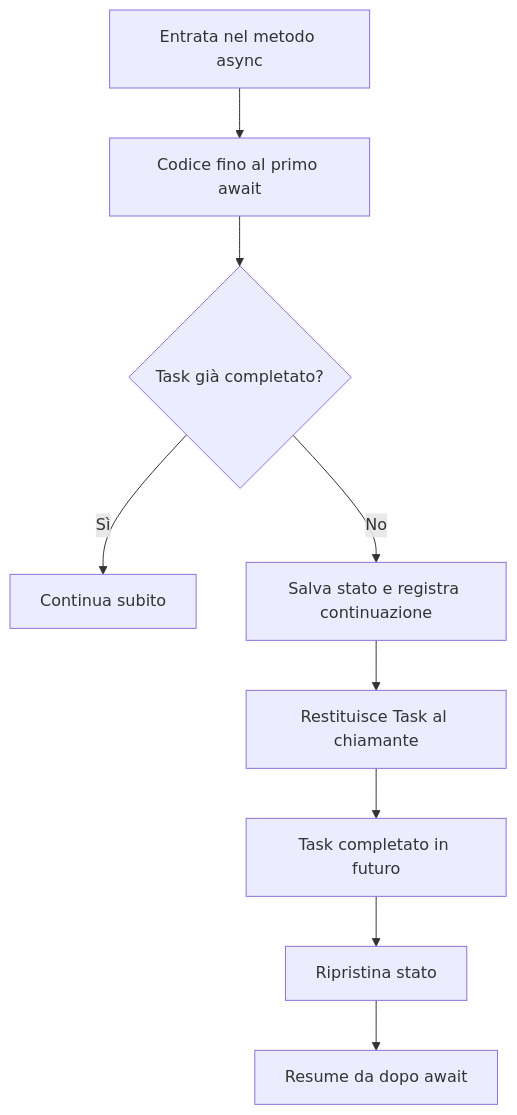
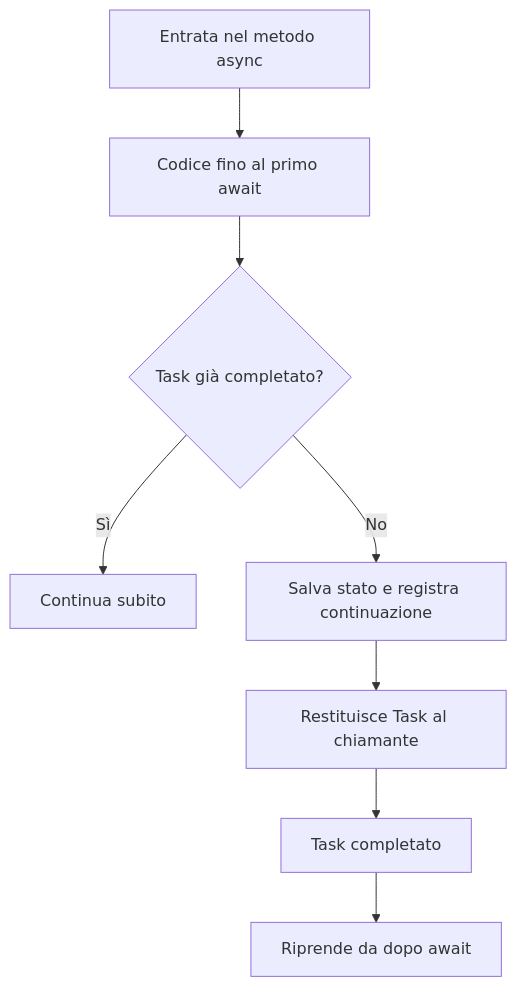
One commit to DennisTurco/AppuntiFacili changed the second of 3 diagrams in src/content/informatica/csharp/async-await.mdx. Above: the diagram before and after it, drawn with Mermaid. The commit also changed other lines of this file and 86 other files, not shown here.

````diff
--- a/src/content/informatica/csharp/async-await.mdx
+++ b/src/content/informatica/csharp/async-await.mdx
@@ -294,11 +127,10 @@
 ```mermaid
 flowchart TD
     A[Entrata nel metodo async] --> B[Codice fino al primo await]
     B --> C{Task già completato?}
     C -- Sì --> D[Continua subito]
     C -- No --> E[Salva stato e registra continuazione]
     E --> F[Restituisce Task al chiamante]
-    F --> G[Task completato in futuro]
-    G --> H[Ripristina stato]
-    H --> I[Resume da dopo await]
+    F --> G[Task completato]
+    G --> H[Riprende da dopo await]
 ```
````
